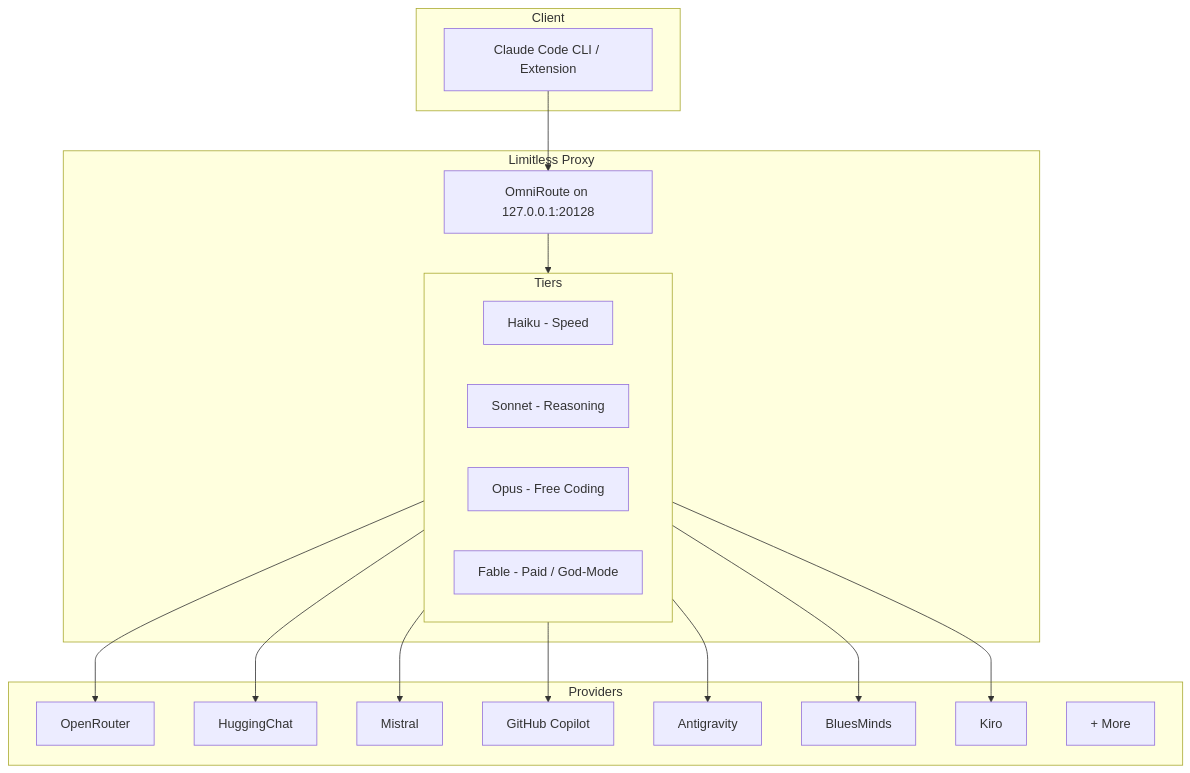
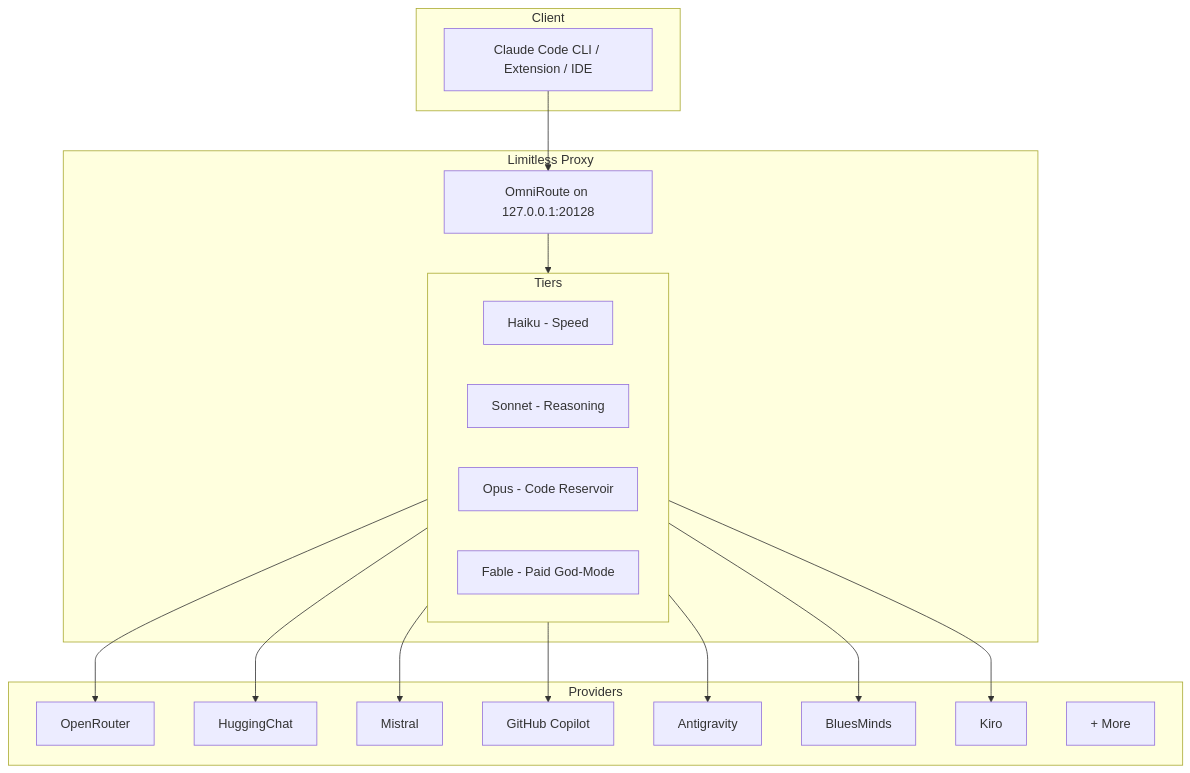
One commit to mahik504/limitless-claude changed the diagram in README.md. Above: the diagram before and after it, drawn with Mermaid. The commit also changed other lines of this file and 3 other files, not shown here.

````diff
--- a/README.md
+++ b/README.md
@@ -19,37 +25,37 @@
 ```mermaid
 flowchart TD
     subgraph Client
-        CC[Claude Code CLI / Extension]
+        CC[Claude Code CLI / Extension / IDE]
     end
 
     subgraph Limitless Proxy
         OR[OmniRoute on 127.0.0.1:20128]
         subgraph Tiers
             H[Haiku - Speed]
             S[Sonnet - Reasoning]
-            O[Opus - Free Coding]
-            F[Fable - Paid / God-Mode]
+            O[Opus - Code Reservoir]
+            F[Fable - Paid God-Mode]
         end
     end
 
     subgraph Providers
         P1[OpenRouter]
         P2[HuggingChat]
         P3[Mistral]
         P4[GitHub Copilot]
         P5[Antigravity]
         P6[BluesMinds]
         P7[Kiro]
         P8[+ More]
     end
 
     CC --> OR
     OR --> Tiers
     Tiers --> P1
     Tiers --> P2
     Tiers --> P3
     Tiers --> P4
     Tiers --> P5
     Tiers --> P6
     Tiers --> P7
 ```
````
